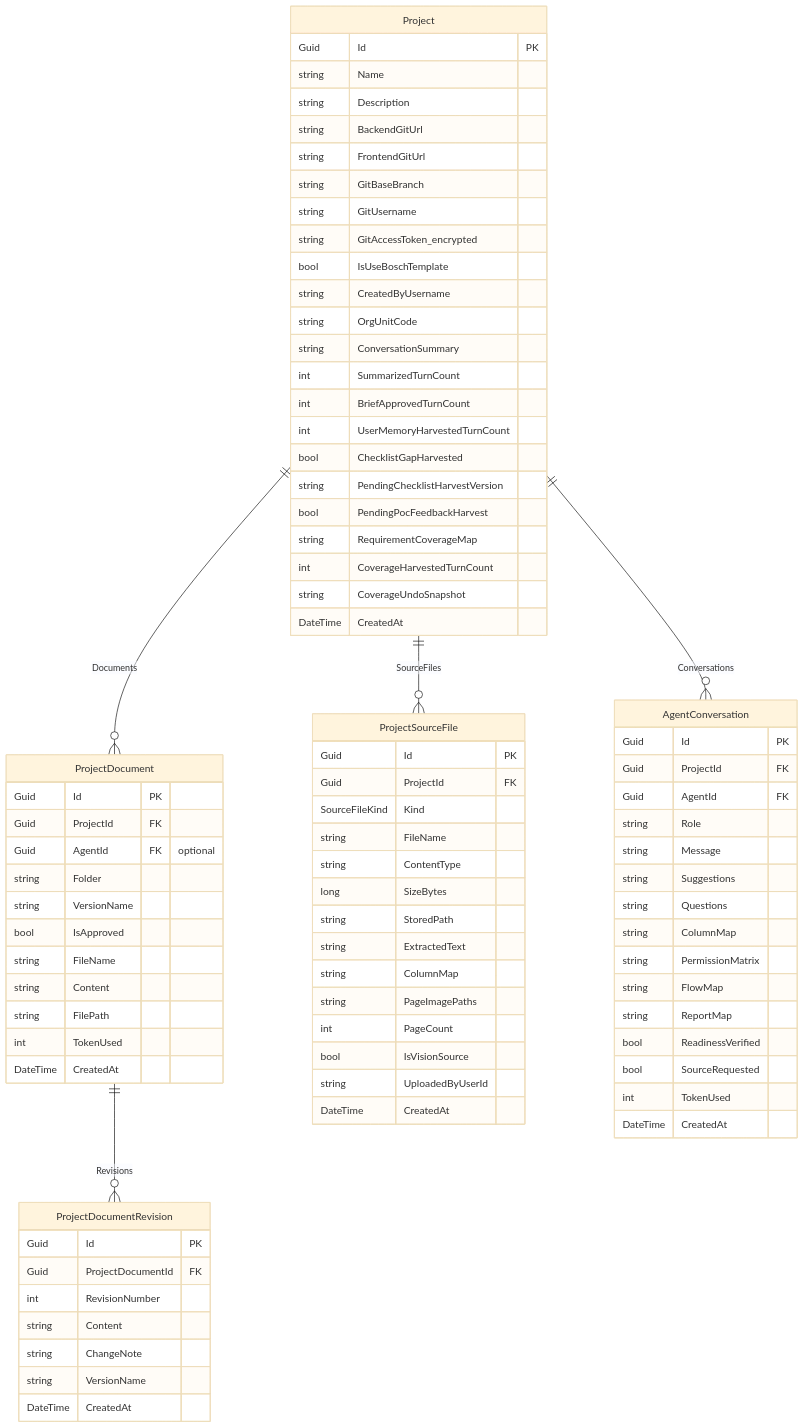
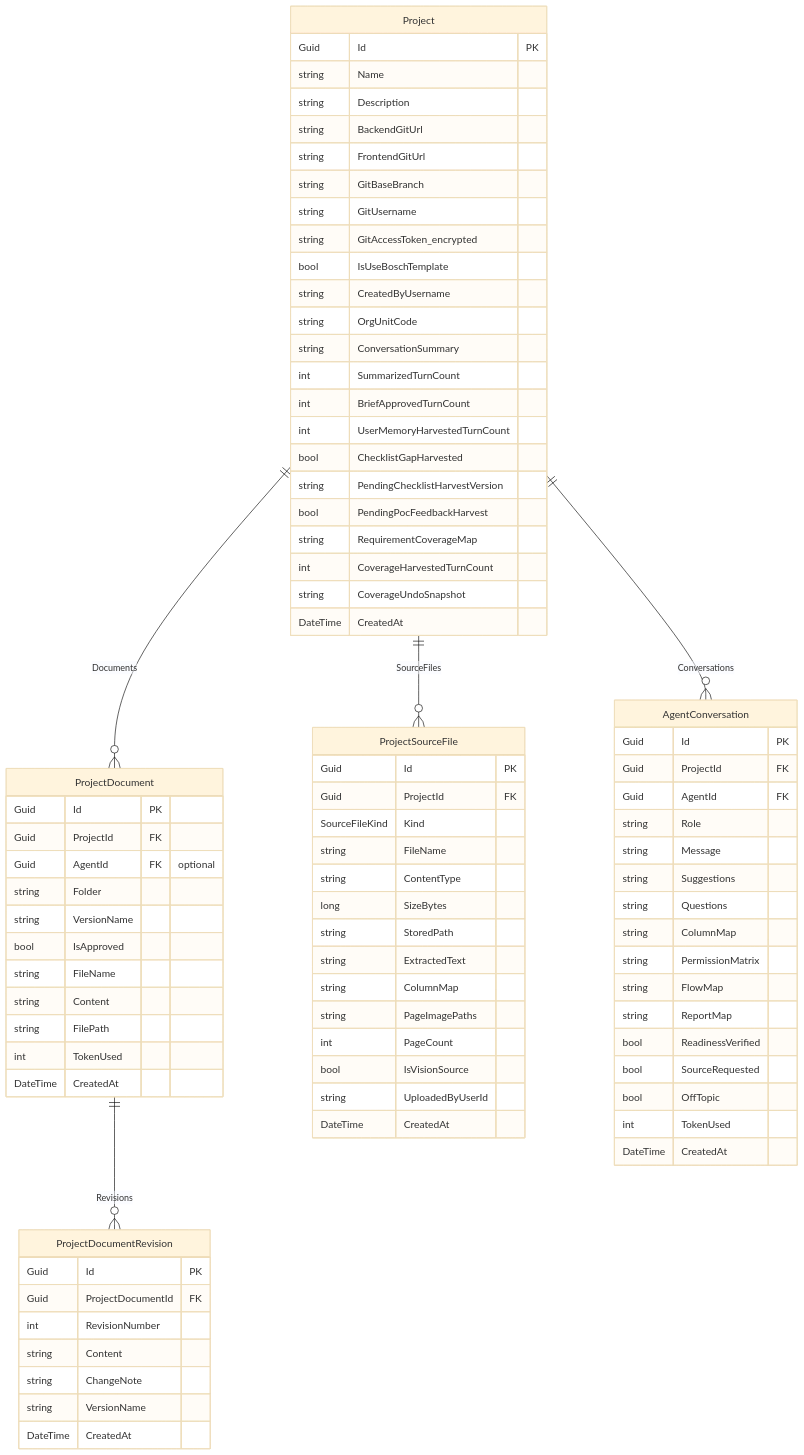
The second of 9 diagrams in docs/data-model.md (Songlong0506/ICOGenerator-v4), drawn with Mermaid (base theme) before and after one commit. The commit also changed other lines of this file and 38 other files, not shown here.

```diff
--- a/docs/data-model.md
+++ b/docs/data-model.md
@@ -180,6 +180,7 @@
         string ReportMap
         bool ReadinessVerified
         bool SourceRequested
+        bool OffTopic
         int TokenUsed
         DateTime CreatedAt
     }
```
